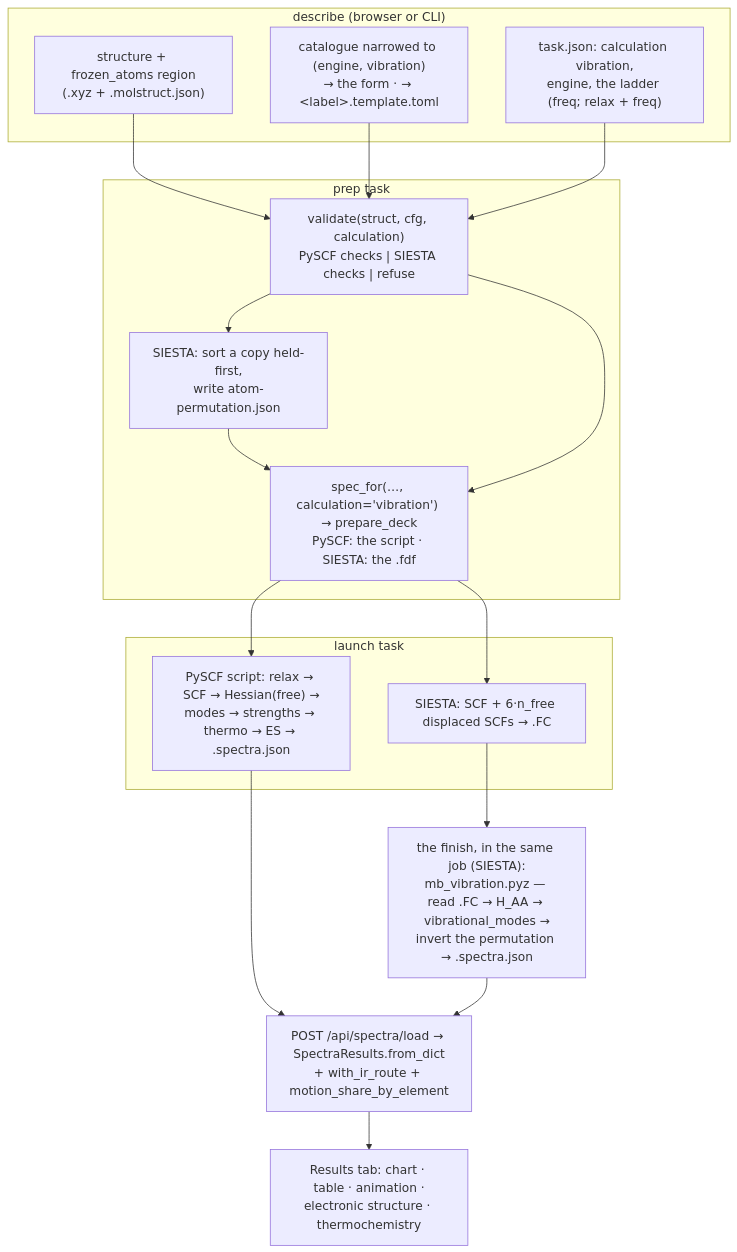
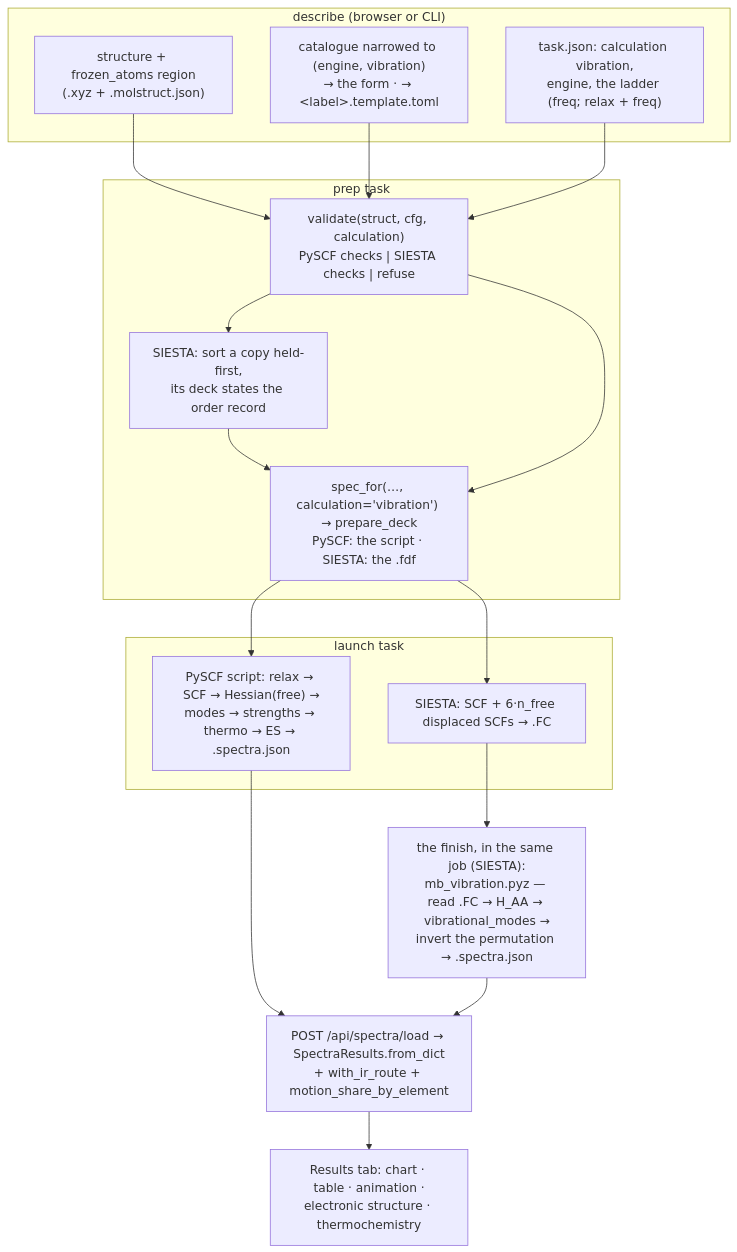
Before and after one commit to Qing-LAB/molbuilder: the second of 2 diagrams in docs/engines/vibration.md, drawn with Mermaid. The commit also changed other lines of this file and 40 other files, not shown here.

````diff
--- a/docs/engines/vibration.md
+++ b/docs/engines/vibration.md
@@ -2538,22 +2522,22 @@
 ```mermaid
 flowchart TB
   subgraph describe["describe (browser or CLI)"]
     ST["structure + frozen_atoms region<br/>(.xyz + .molstruct.json)"]
     CAT["catalogue narrowed to (engine, vibration)<br/>→ the form · → &lt;label&gt;.template.toml"]
     TJ["task.json: calculation vibration,<br/>engine, the ladder (freq; relax + freq)"]
   end
   subgraph prep["prep task"]
     G["validate(struct, cfg, calculation)<br/>PySCF checks #124; SIESTA checks #124; refuse"]
-    SORT["SIESTA: sort a copy held-first,<br/>write atom-permutation.json"]
+    SORT["SIESTA: sort a copy held-first,<br/>its deck states the order record"]
     D["spec_for(…, calculation='vibration') → prepare_deck<br/>PySCF: the script · SIESTA: the .fdf"]
   end
   subgraph run["launch task"]
     PY["PySCF script: relax → SCF → Hessian(free) →<br/>modes → strengths → thermo → ES → .spectra.json"]
     SI["SIESTA: SCF + 6·n_free displaced SCFs → .FC"]
   end
   SUM["the finish, in the same job (SIESTA):<br/>mb_vibration.pyz — read .FC → H_AA → vibrational_modes →<br/>invert the permutation → .spectra.json"]
   LOAD["POST /api/spectra/load → SpectraResults.from_dict<br/>+ with_ir_route + motion_share_by_element"]
   VIEW["Results tab: chart · table · animation ·<br/>electronic structure · thermochemistry"]
   ST --> G; CAT --> G; TJ --> G; G --> SORT --> D; G --> D
   D --> PY; D --> SI; SI --> SUM; PY --> LOAD; SUM --> LOAD; LOAD --> VIEW
 ```
````
